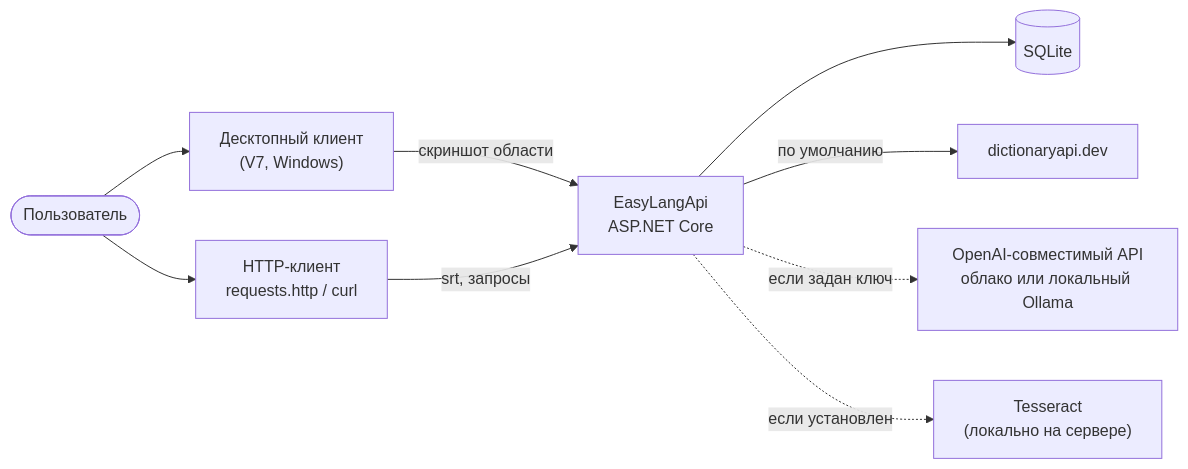
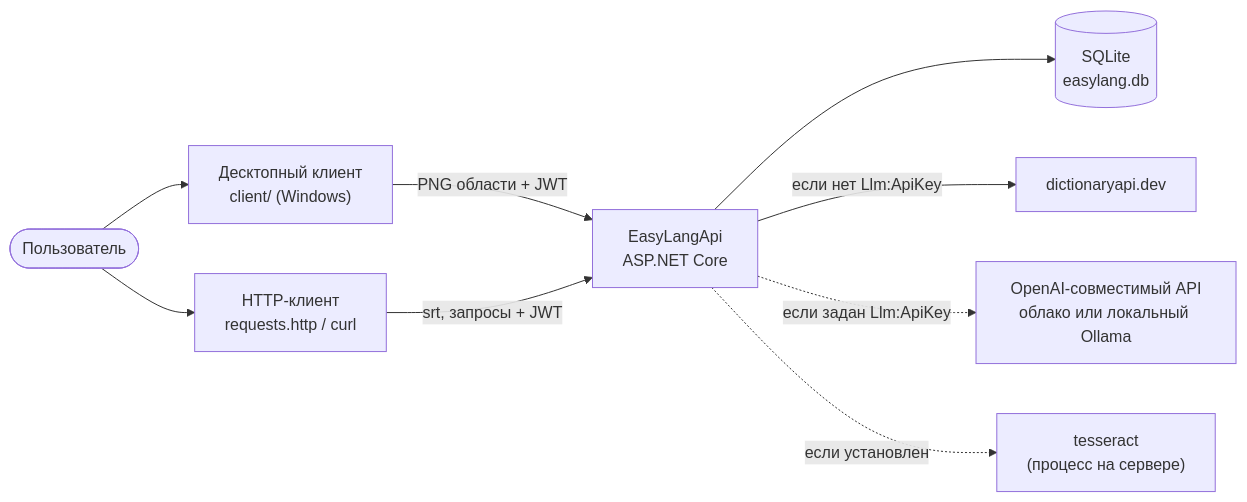
Before and after one commit to k0baboba/EasyLangApi: the first of 8 diagrams in docs/04-architecture.md, drawn with Mermaid. The commit also changed other lines of this file and 6 other files, not shown here.

````diff
--- a/docs/04-architecture.md
+++ b/docs/04-architecture.md
@@ -11,20 +12,20 @@
 ```mermaid
 flowchart LR
     U(["Пользователь"])
-    C["Десктопный клиент<br/>(V7, Windows)"]
+    C["Десктопный клиент<br/>client/ (Windows)"]
     H["HTTP-клиент<br/>requests.http / curl"]
     S["EasyLangApi<br/>ASP.NET Core"]
-    DB[("SQLite")]
+    DB[("SQLite<br/>easylang.db")]
     D["dictionaryapi.dev"]
     L["OpenAI-совместимый API<br/>облако или локальный Ollama"]
-    T["Tesseract<br/>(локально на сервере)"]
+    T["tesseract<br/>(процесс на сервере)"]
 
     U --> C
     U --> H
-    C -- "скриншот области" --> S
-    H -- "srt, запросы" --> S
+    C -- "PNG области + JWT" --> S
+    H -- "srt, запросы + JWT" --> S
     S --> DB
-    S -- "по умолчанию" --> D
-    S -. "если задан ключ" .-> L
+    S -- "если нет Llm:ApiKey" --> D
+    S -. "если задан Llm:ApiKey" .-> L
     S -. "если установлен" .-> T
 ```
````
